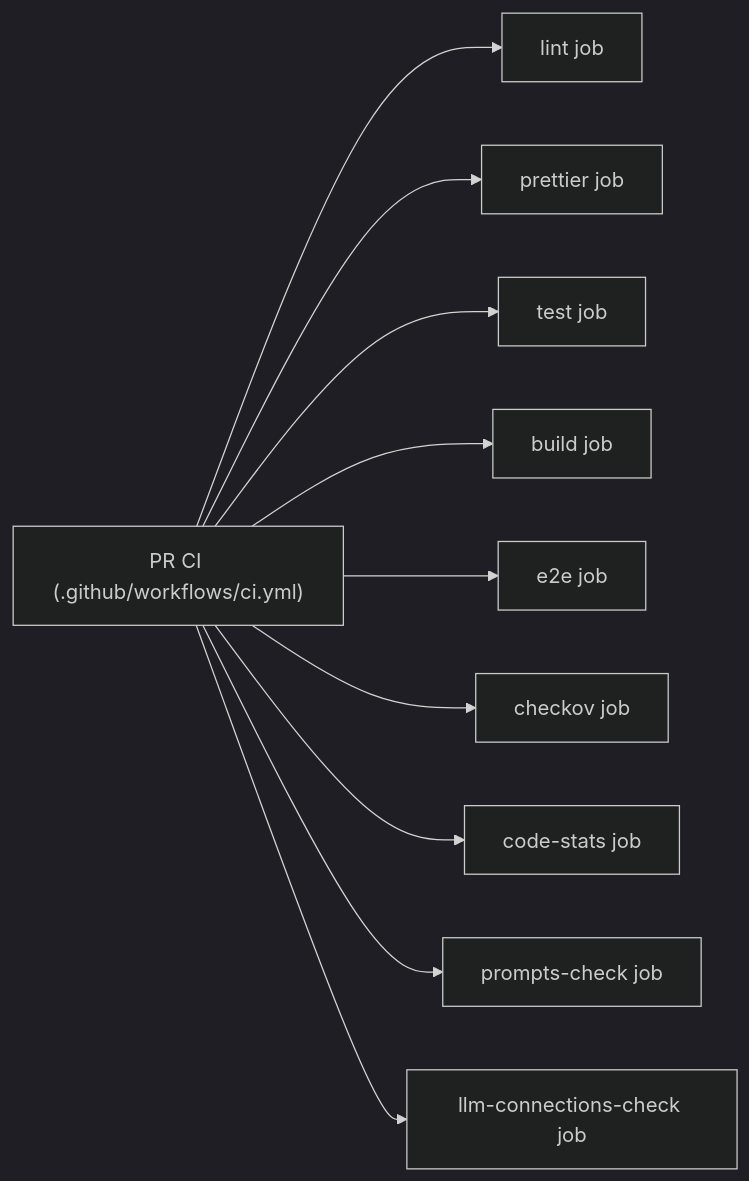
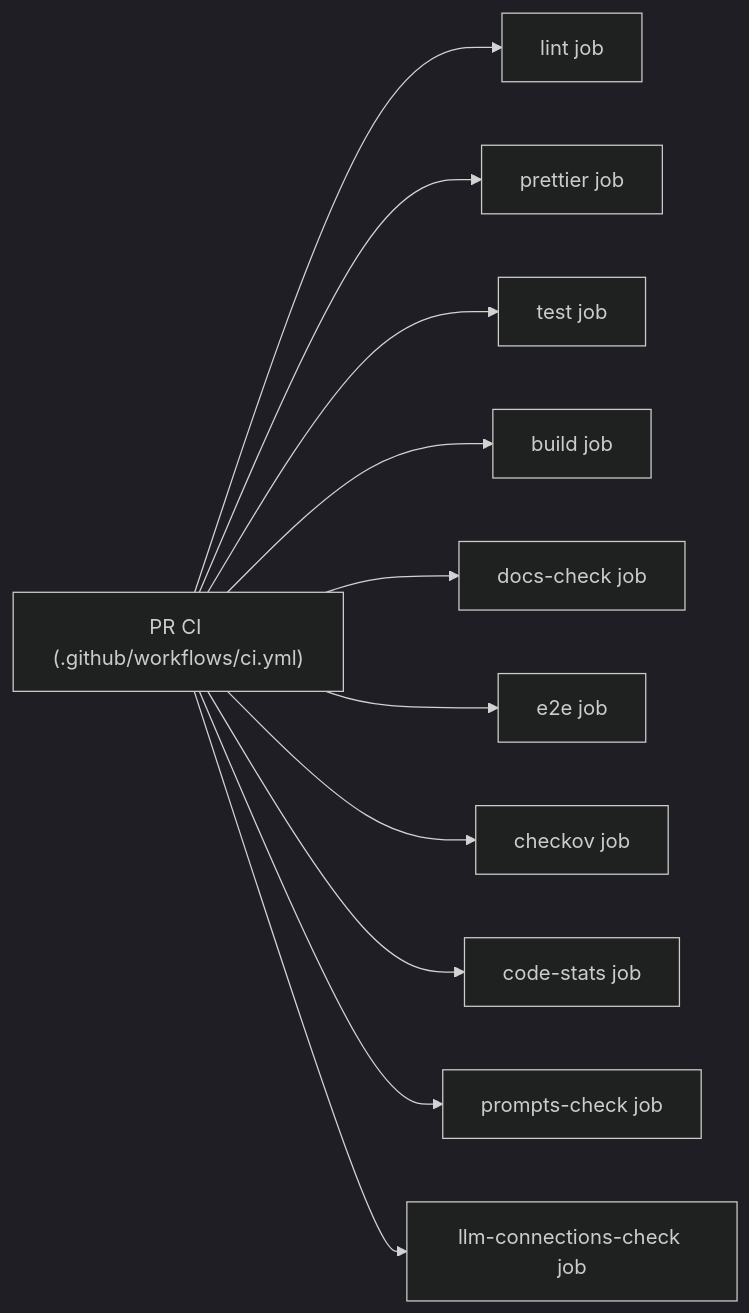
Before and after one commit to Chronote-gg/Chronote: the third of 4 diagrams in README.md, drawn with Mermaid (dark theme). The commit also changed other lines of this file and 34 other files, not shown here.

````diff
--- a/README.md
+++ b/README.md
@@ -106,12 +110,13 @@
 ```mermaid
 flowchart LR
   A["PR CI (.github/workflows/ci.yml)"] --> B["lint job"]
   A --> C["prettier job"]
   A --> D["test job"]
   A --> E["build job"]
-  A --> F["e2e job"]
-  A --> G["checkov job"]
-  A --> H["code-stats job"]
+  A --> F["docs-check job"]
+  A --> G["e2e job"]
+  A --> H["checkov job"]
+  A --> I["code-stats job"]
   A --> P["prompts-check job"]
   A --> Q["llm-connections-check job"]
 ```
````
